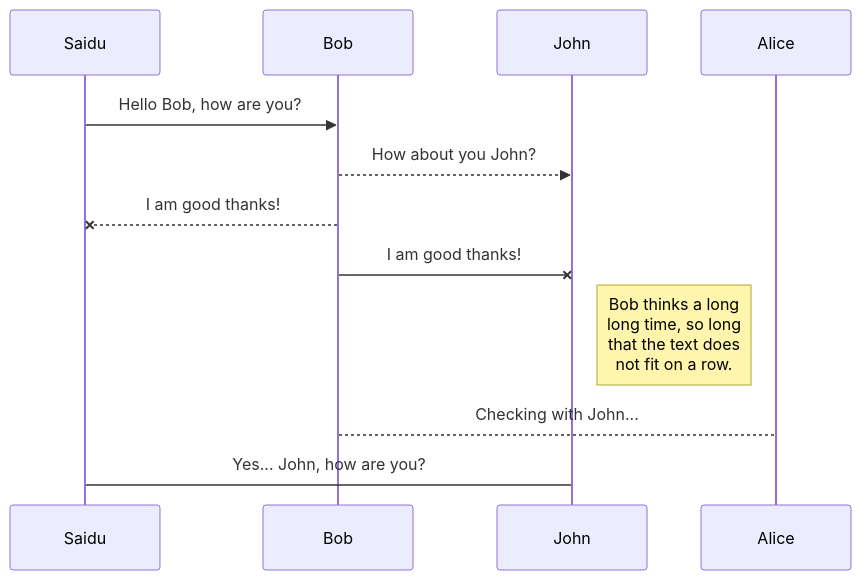
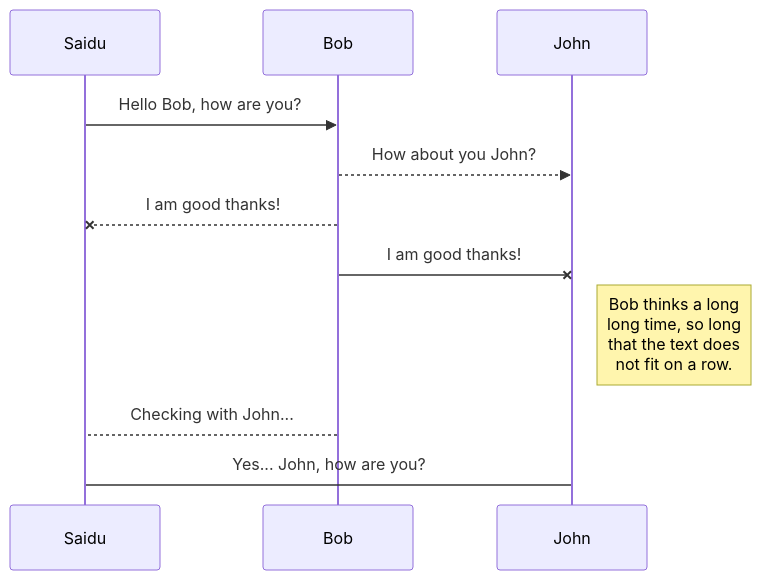
Before and after one commit to drshahizan/learn-github: the first of 2 diagrams in exercise/abubakarsaidu/Exercise2.md, drawn with Mermaid.

````diff
--- a/exercise/abubakarsaidu/Exercise2.md
+++ b/exercise/abubakarsaidu/Exercise2.md
@@ -5,11 +5,11 @@
 ```mermaid
 sequenceDiagram
 Saidu ->> Bob: Hello Bob, how are you?
 Bob-->>John: How about you John?
 Bob--x Saidu: I am good thanks!
 Bob-x John: I am good thanks!
 Note right of John: Bob thinks a long<br/>long time, so long<br/>that the text does<br/>not fit on a row.
 
-Bob-->Alice: Checking with John...
+Bob-->Saidu: Checking with John...
 Saidu->John: Yes... John, how are you?
 ```
````
